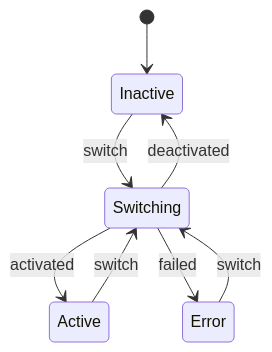
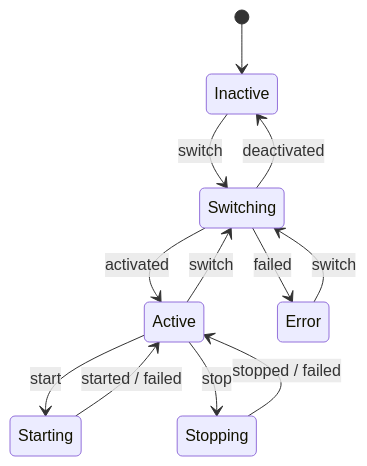
The first of 2 diagrams in docs-ctrl/application-updates/reference.md (rugix/rugix-docs), drawn with Mermaid before and after one commit. The commit also changed other lines of this file and 6 other files, not shown here.

````diff
--- a/docs-ctrl/application-updates/reference.md
+++ b/docs-ctrl/application-updates/reference.md
@@ -13,10 +13,14 @@
 ```mermaid
 stateDiagram-v2
     [*] --> Inactive
     Inactive --> Switching: switch
     Active --> Switching: switch
     Switching --> Active: activated
     Switching --> Error: failed
     Switching --> Inactive: deactivated
     Error --> Switching: switch
+    Active --> Starting: start
+    Starting --> Active: started / failed
+    Active --> Stopping: stop
+    Stopping --> Active: stopped / failed
 ```
````
